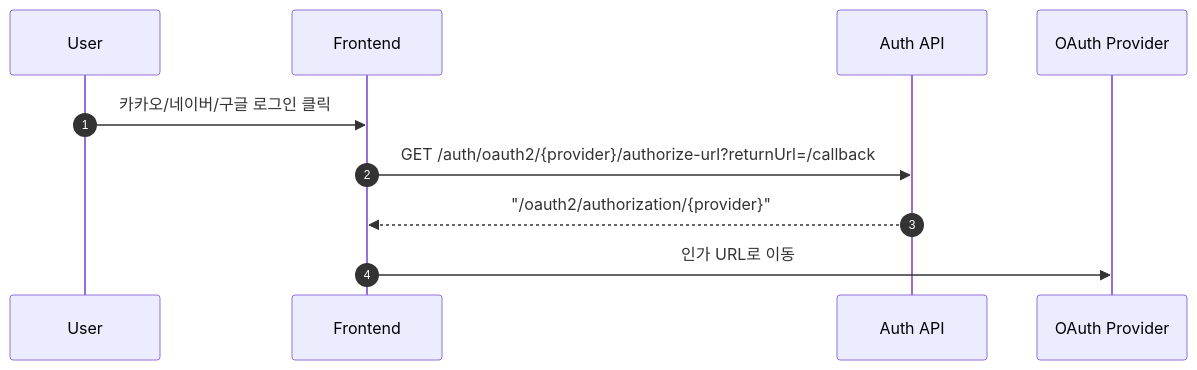
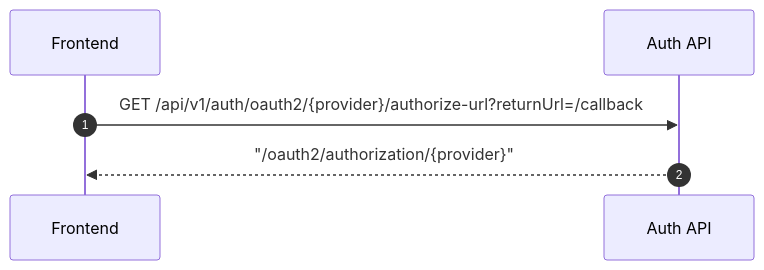
Before and after one commit to SooLee99/soo-auth-service: the fifth of 5 diagrams in docs/guides/README_FRONTEND_API.md, drawn with Mermaid. The commit also changed other lines of this file and 5 other files, not shown here.

````diff
--- a/docs/guides/README_FRONTEND_API.md
+++ b/docs/guides/README_FRONTEND_API.md
@@ -144,13 +120,9 @@
 ```mermaid
 sequenceDiagram
     autonumber
-    participant U as User
     participant FE as Frontend
     participant API as Auth API
-    participant O as OAuth Provider
 
-    U->>FE: 카카오/네이버/구글 로그인 클릭
-    FE->>API: GET /auth/oauth2/{provider}/authorize-url?returnUrl=/callback
+    FE->>API: GET /api/v1/auth/oauth2/{provider}/authorize-url?returnUrl=/callback
     API-->>FE: "/oauth2/authorization/{provider}"
-    FE->>O: 인가 URL로 이동
 ```
````
